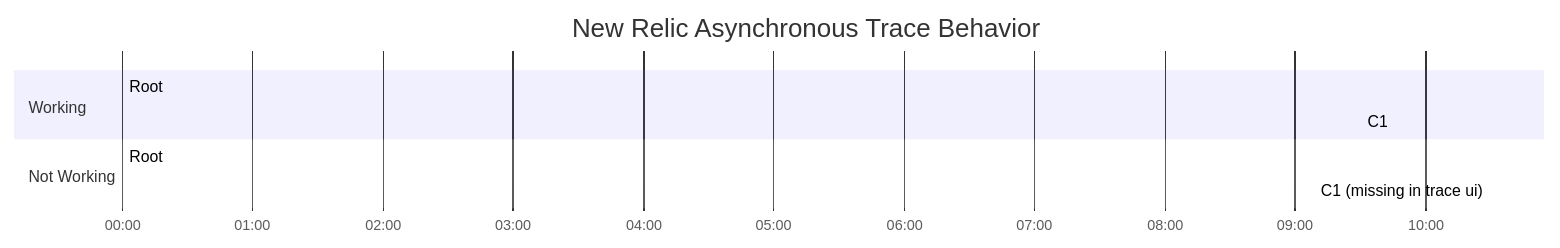
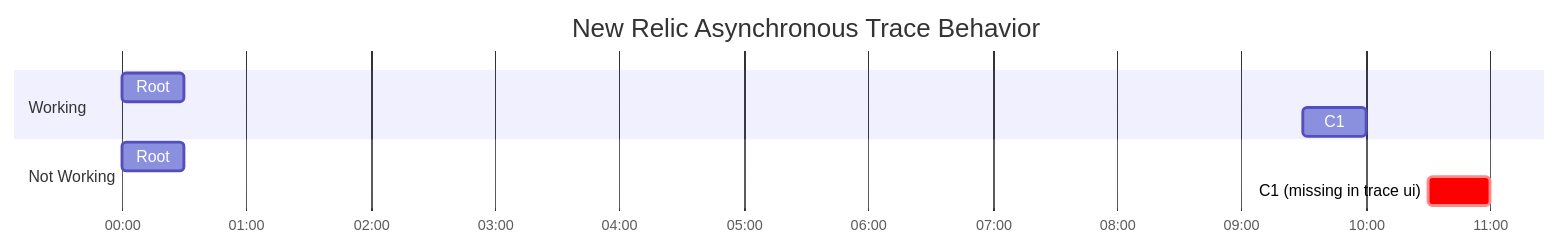
Before and after one commit to danelson/new-relic-trace-duration: the second of 2 diagrams in README.md, drawn with Mermaid. The commit also changed other lines of this file, not shown here.

Commit message:
Update mermaid diagram

````diff
--- a/README.md
+++ b/README.md
@@ -36,14 +36,14 @@
 ```mermaid
 gantt
     title      New Relic Asynchronous Trace Behavior
     dateFormat mm:ss
     axisFormat %M:%S
 
     section Working
-    Root                     :      00:00, 30sec
-    C1                       :      09:30, 30sec
+    Root                     :      00:00, 30s
+    C1                       :      09:30, 30s
 
     section Not Working
-    Root                     :      00:00, 30sec
-    C1 (missing in trace ui) :crit, 10:30, 30sec
+    Root                     :      00:00, 30s
+    C1 (missing in trace ui) :crit, 10:30, 30s
 ```
````
